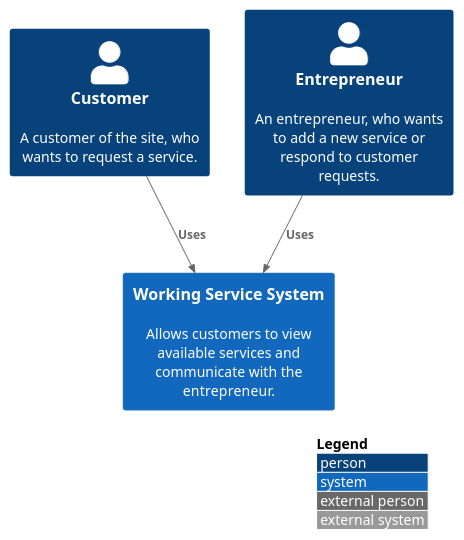
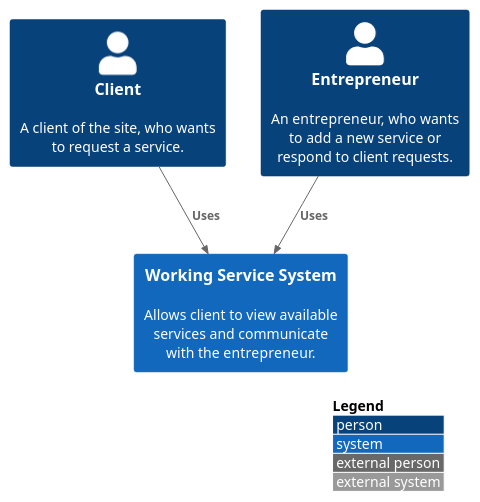
The diagram in c4builder-API-SERVICE/src/Context/context.puml (LeonardoCamilo10/API-SERVICE-BACK-END), drawn with PlantUML before and after one commit. The commit also changed 5 other files, not shown here.

```diff
--- a/c4builder-API-SERVICE/src/Context/context.puml
+++ b/c4builder-API-SERVICE/src/Context/context.puml
@@ -1,13 +1,13 @@
 @startuml
 !include https://raw.githubusercontent.com/adrianvlupu/C4-PlantUML/latest/C4_Context.puml
 
 LAYOUT_WITH_LEGEND()
 
-Person(client, "Customer", "A customer of the site, who wants to request a service.")
-Person(entrepreneur, "Entrepreneur", "An entrepreneur, who wants to add a new service or respond to customer requests.")
-System(ibs, "Working Service System", "Allows customers to view available services and communicate with the entrepreneur.")
+Person(client, "Client", "A client of the site, who wants to request a service.")
+Person(entrepreneur, "Entrepreneur", "An entrepreneur, who wants to add a new service or respond to client requests.")
+System(ibs, "Working Service System", "Allows client to view available services and communicate with the entrepreneur.")
 
 Rel(client, ibs, "Uses")
 Rel(entrepreneur, ibs, "Uses")
 
 @enduml
```
